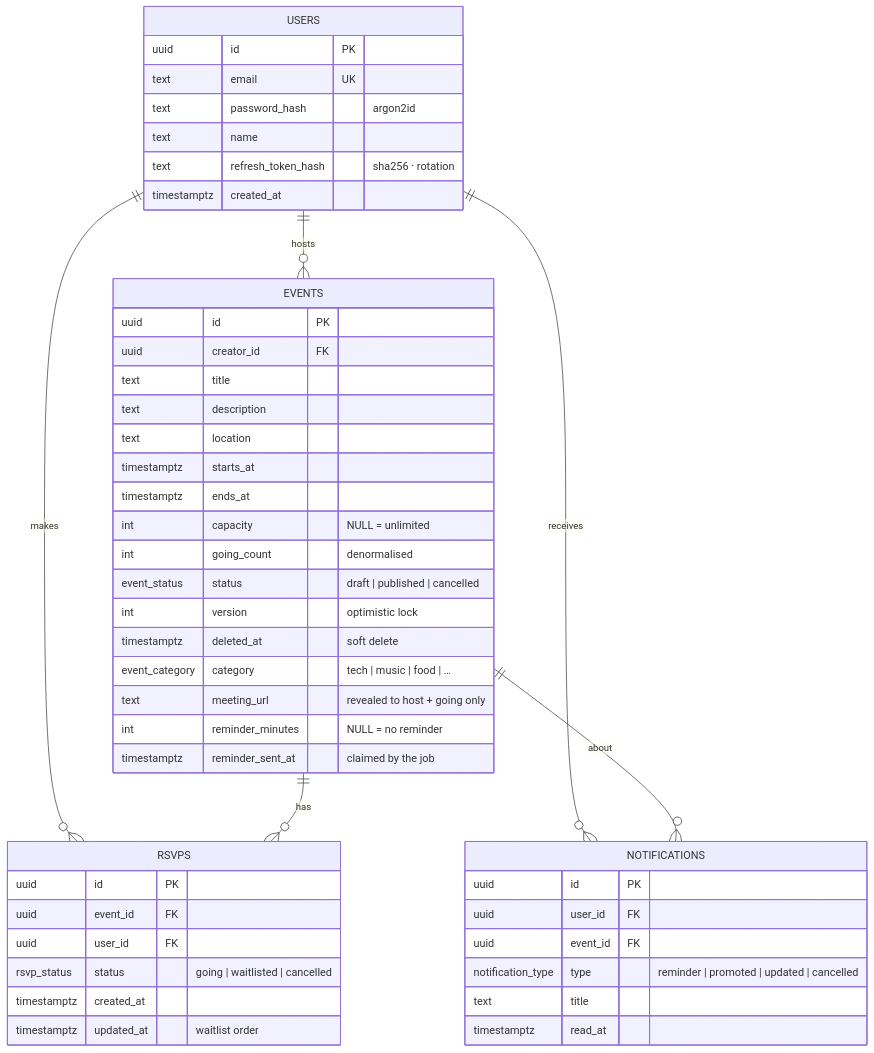
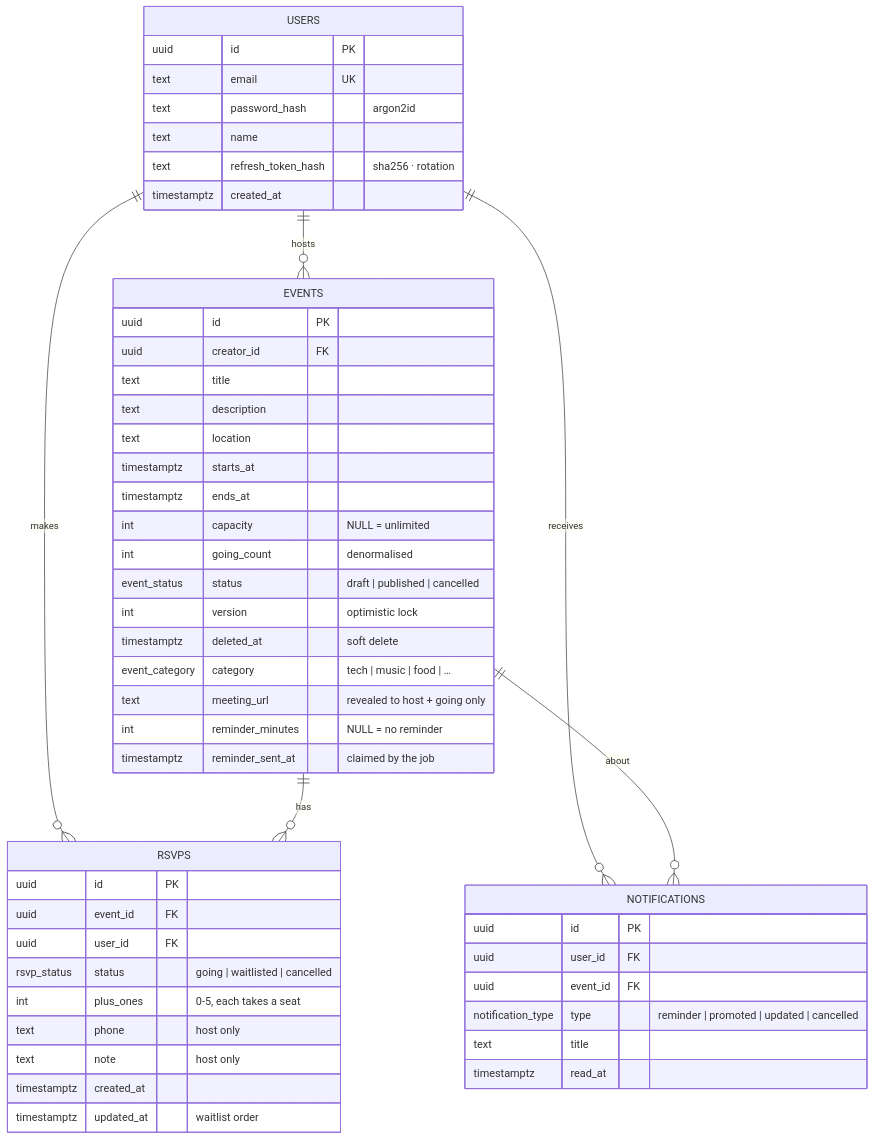
The second of 3 diagrams in README.md (Harshit-Makraria/rescue-rituals), drawn with Mermaid before and after one commit. The commit also changed other lines of this file and 19 other files, not shown here.

First line of the commit message:
Invite links and RSVP details: plus-ones, host guest list, CSV export

````diff
--- a/README.md
+++ b/README.md
@@ -137,50 +140,53 @@
 ```mermaid
 erDiagram
   USERS ||--o{ EVENTS : hosts
   USERS ||--o{ RSVPS : makes
   EVENTS ||--o{ RSVPS : has
   USERS ||--o{ NOTIFICATIONS : receives
   EVENTS ||--o{ NOTIFICATIONS : about
   USERS {
     uuid id PK
     text email UK
     text password_hash "argon2id"
     text name
     text refresh_token_hash "sha256 · rotation"
     timestamptz created_at
   }
   EVENTS {
     uuid id PK
     uuid creator_id FK
     text title
     text description
     text location
     timestamptz starts_at
     timestamptz ends_at
     int capacity "NULL = unlimited"
     int going_count "denormalised"
     event_status status "draft | published | cancelled"
     int version "optimistic lock"
     timestamptz deleted_at "soft delete"
     event_category category "tech | music | food | …"
     text meeting_url "revealed to host + going only"
     int reminder_minutes "NULL = no reminder"
     timestamptz reminder_sent_at "claimed by the job"
   }
   RSVPS {
     uuid id PK
     uuid event_id FK
     uuid user_id FK
     rsvp_status status "going | waitlisted | cancelled"
+    int plus_ones "0-5, each takes a seat"
+    text phone "host only"
+    text note "host only"
     timestamptz created_at
     timestamptz updated_at "waitlist order"
   }
   NOTIFICATIONS {
     uuid id PK
     uuid user_id FK
     uuid event_id FK
     notification_type type "reminder | promoted | updated | cancelled"
     text title
     timestamptz read_at
   }
 ```
````
